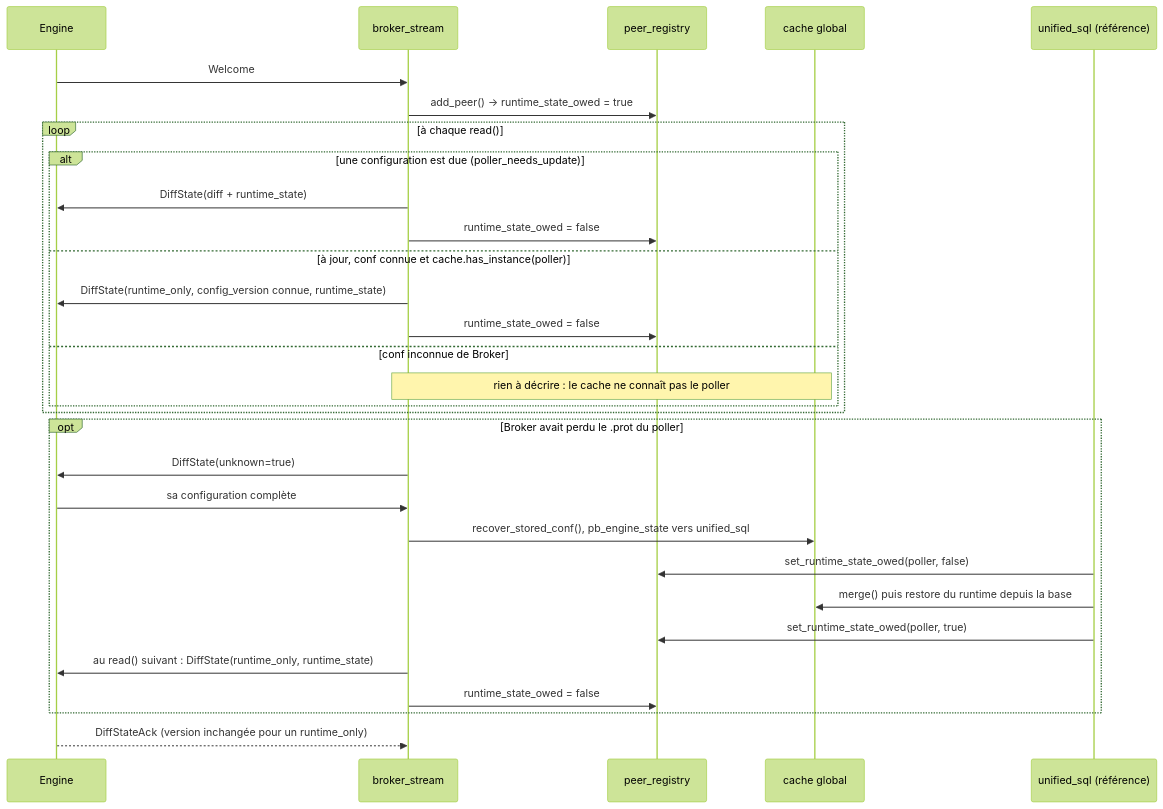
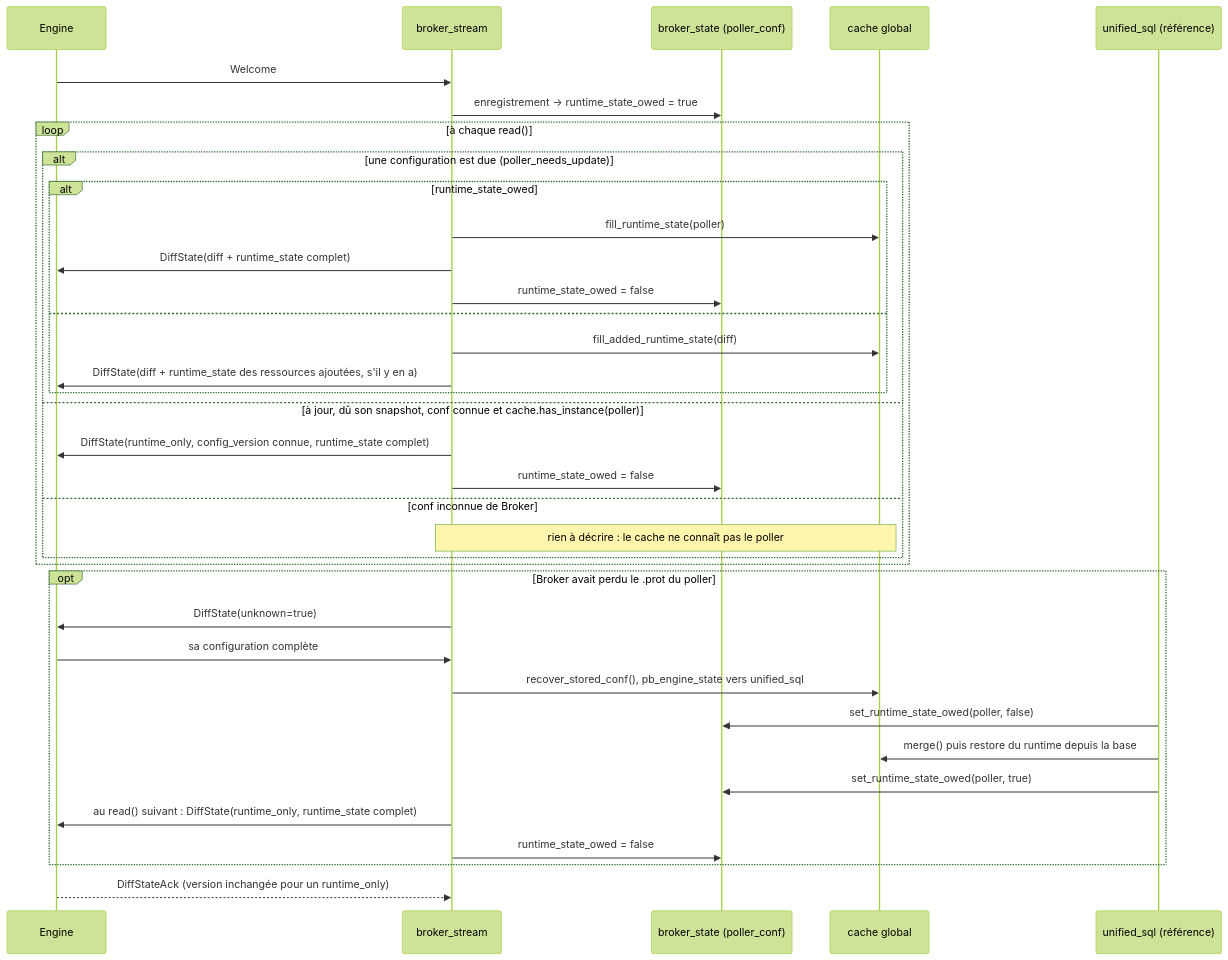
Before and after one commit to centreon/centreon-collect: the eighth of 8 diagrams in doc/nego-engine-broker/06-remote-servers-fr.md, drawn with Mermaid (forest theme). The commit also changed other lines of this file and 3 other files, not shown here.

Commit message:
chore(doc): nego-engine-broker, the runtime snapshot when owed and for added resources

````diff
--- a/doc/nego-engine-broker/06-remote-servers-fr.md
+++ b/doc/nego-engine-broker/06-remote-servers-fr.md
@@ -619,32 +621,38 @@
 ```mermaid
 sequenceDiagram
     participant E as Engine
     participant S as broker_stream
-    participant R as peer_registry
+    participant P as broker_state (poller_conf)
     participant C as cache global
     participant U as unified_sql (référence)
     E->>S: Welcome
-    S->>R: add_peer() → runtime_state_owed = true
+    S->>P: enregistrement → runtime_state_owed = true
     loop à chaque read()
         alt une configuration est due (poller_needs_update)
-            S->>E: DiffState(diff + runtime_state)
-            S->>R: runtime_state_owed = false
-        else à jour, conf connue et cache.has_instance(poller)
-            S->>E: DiffState(runtime_only, config_version connue, runtime_state)
-            S->>R: runtime_state_owed = false
+            alt runtime_state_owed
+                S->>C: fill_runtime_state(poller)
+                S->>E: DiffState(diff + runtime_state complet)
+                S->>P: runtime_state_owed = false
+            else
+                S->>C: fill_added_runtime_state(diff)
+                S->>E: DiffState(diff + runtime_state des ressources ajoutées, s'il y en a)
+            end
+        else à jour, dû son snapshot, conf connue et cache.has_instance(poller)
+            S->>E: DiffState(runtime_only, config_version connue, runtime_state complet)
+            S->>P: runtime_state_owed = false
         else conf inconnue de Broker
             Note over S,C: rien à décrire : le cache ne connaît pas le poller
         end
     end
     opt Broker avait perdu le .prot du poller
         S->>E: DiffState(unknown=true)
         E->>S: sa configuration complète
         S->>C: recover_stored_conf(), pb_engine_state vers unified_sql
-        U->>R: set_runtime_state_owed(poller, false)
+        U->>P: set_runtime_state_owed(poller, false)
         U->>C: merge() puis restore du runtime depuis la base
-        U->>R: set_runtime_state_owed(poller, true)
-        S->>E: au read() suivant : DiffState(runtime_only, runtime_state)
-        S->>R: runtime_state_owed = false
+        U->>P: set_runtime_state_owed(poller, true)
+        S->>E: au read() suivant : DiffState(runtime_only, runtime_state complet)
+        S->>P: runtime_state_owed = false
     end
     E-->>S: DiffStateAck (version inchangée pour un runtime_only)
 ```
````
